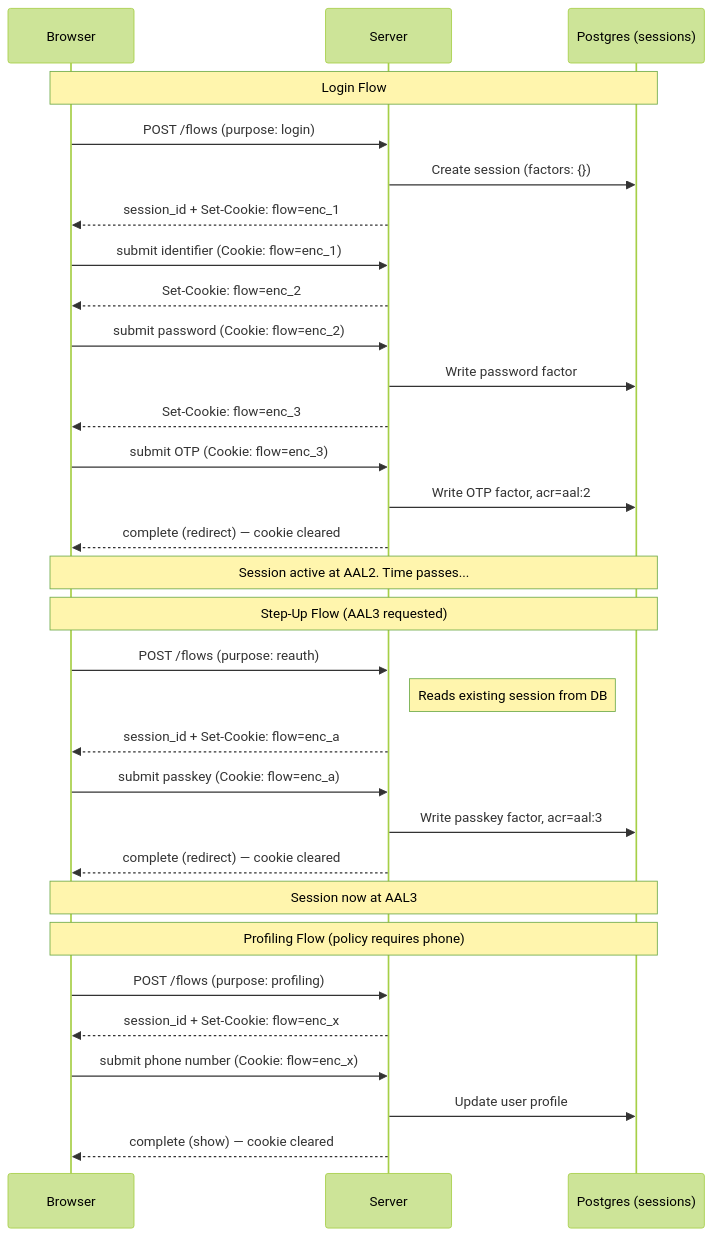
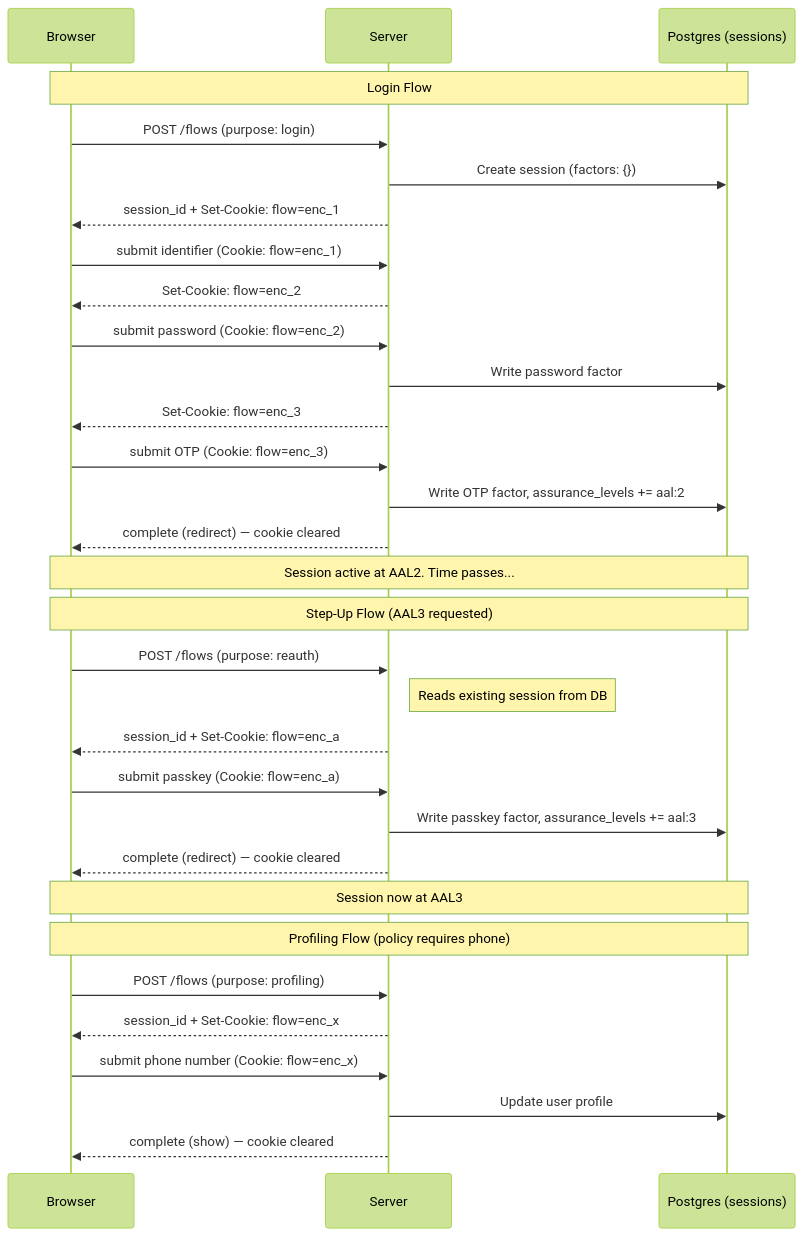
The diagram in docs/design/flowengine/flow-engine-storage.md (zitadel/nextgen), drawn with Mermaid (forest theme) before and after one commit. The commit also changed other lines of this file and 19 other files, not shown here.

````diff
--- a/docs/design/flowengine/flow-engine-storage.md
+++ b/docs/design/flowengine/flow-engine-storage.md
@@ -15,38 +15,38 @@
 ```mermaid
 sequenceDiagram
     participant Browser
     participant Server
     participant DB as Postgres (sessions)
 
     Note over Browser,DB: Login Flow
     Browser->>Server: POST /flows (purpose: login)
     Server->>DB: Create session (factors: {})
     Server-->>Browser: session_id + Set-Cookie: flow=enc_1
     Browser->>Server: submit identifier (Cookie: flow=enc_1)
     Server-->>Browser: Set-Cookie: flow=enc_2
     Browser->>Server: submit password (Cookie: flow=enc_2)
     Server->>DB: Write password factor
     Server-->>Browser: Set-Cookie: flow=enc_3
     Browser->>Server: submit OTP (Cookie: flow=enc_3)
-    Server->>DB: Write OTP factor, acr=aal:2
+    Server->>DB: Write OTP factor, assurance_levels += aal:2
     Server-->>Browser: complete (redirect) — cookie cleared
 
     Note over Browser,DB: Session active at AAL2. Time passes...
 
     Note over Browser,DB: Step-Up Flow (AAL3 requested)
     Browser->>Server: POST /flows (purpose: reauth)
     Note right of Server: Reads existing session from DB
     Server-->>Browser: session_id + Set-Cookie: flow=enc_a
     Browser->>Server: submit passkey (Cookie: flow=enc_a)
-    Server->>DB: Write passkey factor, acr=aal:3
+    Server->>DB: Write passkey factor, assurance_levels += aal:3
     Server-->>Browser: complete (redirect) — cookie cleared
 
     Note over Browser,DB: Session now at AAL3
 
     Note over Browser,DB: Profiling Flow (policy requires phone)
     Browser->>Server: POST /flows (purpose: profiling)
     Server-->>Browser: session_id + Set-Cookie: flow=enc_x
     Browser->>Server: submit phone number (Cookie: flow=enc_x)
     Server->>DB: Update user profile
     Server-->>Browser: complete (show) — cookie cleared
 ```
````
